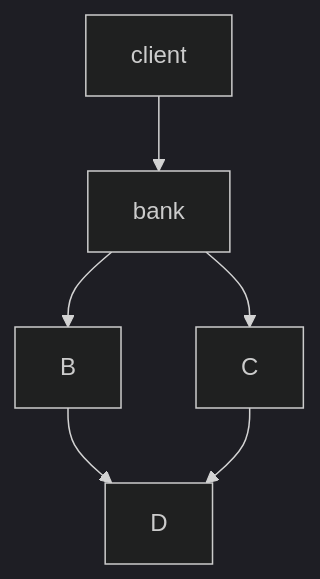
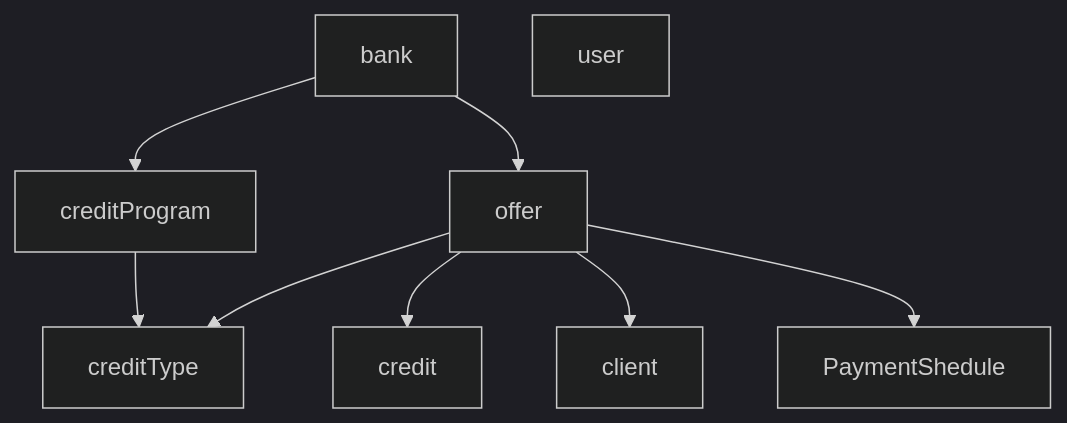
Before and after one commit to yaryiYA/JmixCreditApplication: the diagram in README.md, drawn with Mermaid (dark theme).

````diff
--- a/README.md
+++ b/README.md
@@ -20,8 +20,11 @@
 ```mermaid
   graph TD;
-      client-->bank;
-      bank-->B;
-      bank-->C;
-      B-->D;
-      C-->D;
+      bank-->creditProgram;
+      bank-->offer;
+      creditProgram-->creditType;
+      offer-->creditType;
+      offer-->credit;
+      offer-->client;
+      offer-->PaymentShedule;
+      user;
 ```
````
